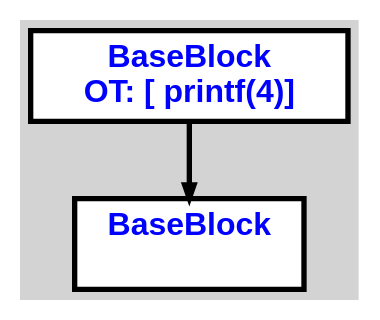
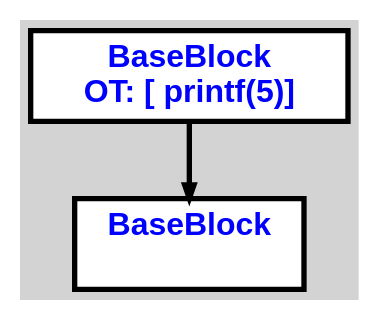
One commit to aveen007/CountingMonkeys changed the diagram in cpoCompilerWin/input2.txt.DoOtherThing.dot. Above: the diagram before and after it, drawn with Graphviz. The commit also changed 27 other files, not shown here.

```diff
--- a/cpoCompilerWin/input2.txt.DoOtherThing.dot
+++ b/cpoCompilerWin/input2.txt.DoOtherThing.dot
@@ -1,11 +1,11 @@
 digraph G {
 ordering=out;
 ranksep=.4;
 bgcolor="lightgrey";  node [shape=box, fixedsize=false, fontsize=12, fontname="Helvetica-bold", fontcolor="blue"
 width=.25, height=.25, color="black", fillcolor="white", style="filled, solid, bold"];
 
-edge [arrowsize=.5, color="black", style="bold"]    n0000120A749236E0 [label="BaseBlock\n OT: [ printf(4)]
+edge [arrowsize=.5, color="black", style="bold"]    n0000126D3A2A2660 [label="BaseBlock\n OT: [ printf(5)]
 "]
-    n0000120A74923740 [label="BaseBlock\n "]
-    n0000120A749236E0 -> n0000120A74923740
+    n0000126D3A2A26C0 [label="BaseBlock\n "]
+    n0000126D3A2A2660 -> n0000126D3A2A26C0
 }
```
